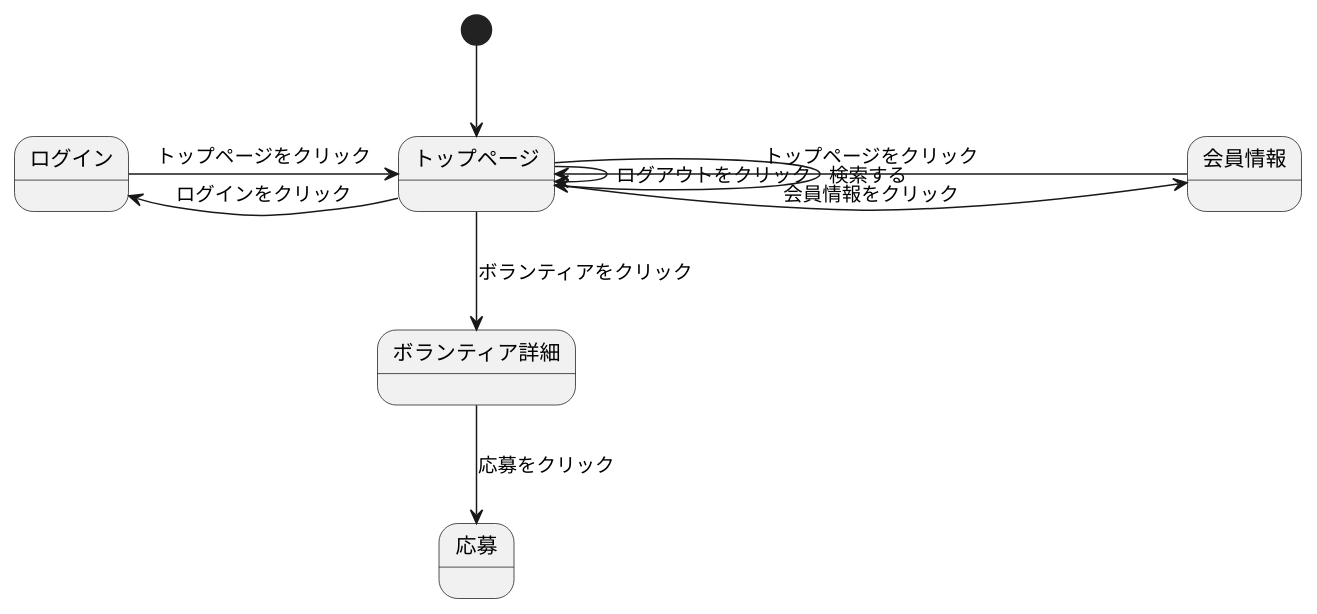
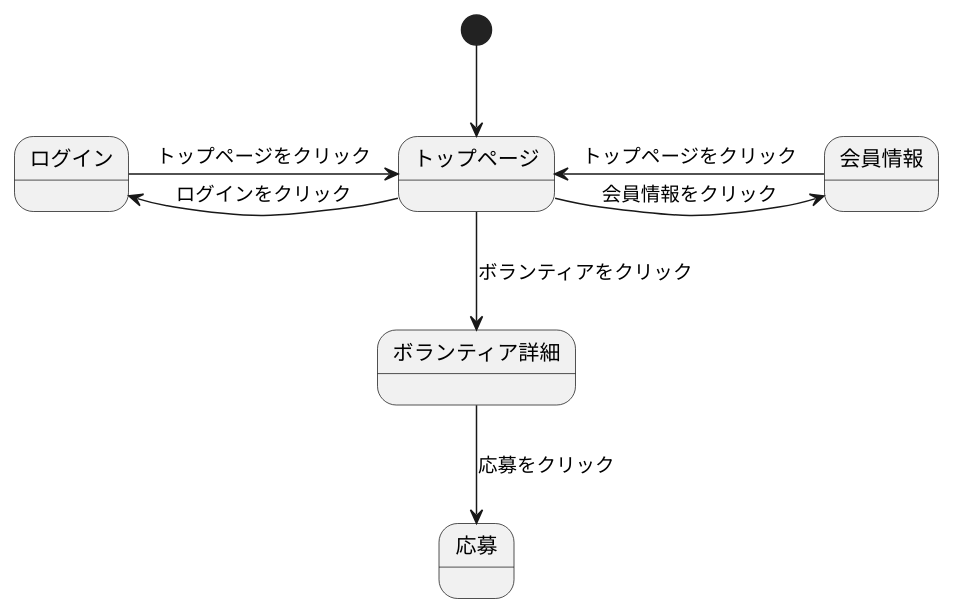
Before and after one commit to Aso2001001/2022System: the diagram in 画面遷移図.md, drawn with PlantUML.

````diff
--- a/画面遷移図.md
+++ b/画面遷移図.md
@@ -1,14 +1,13 @@
 ```uml
 @startuml
 [*] --> トップページ
-トップページ -> トップページ : ログアウトをクリック
-トップページ -> トップページ : 検索する
+
 トップページ -> 会員情報 : 会員情報をクリック
 トップページ --> ボランティア詳細 : ボランティアをクリック
 ボランティア詳細 --> 応募 : 応募をクリック
 会員情報 -> トップページ : トップページをクリック
 トップページ -left-> ログイン : ログインをクリック
 ログイン -> トップページ : トップページをクリック
 
 @enduml
 ```
````
